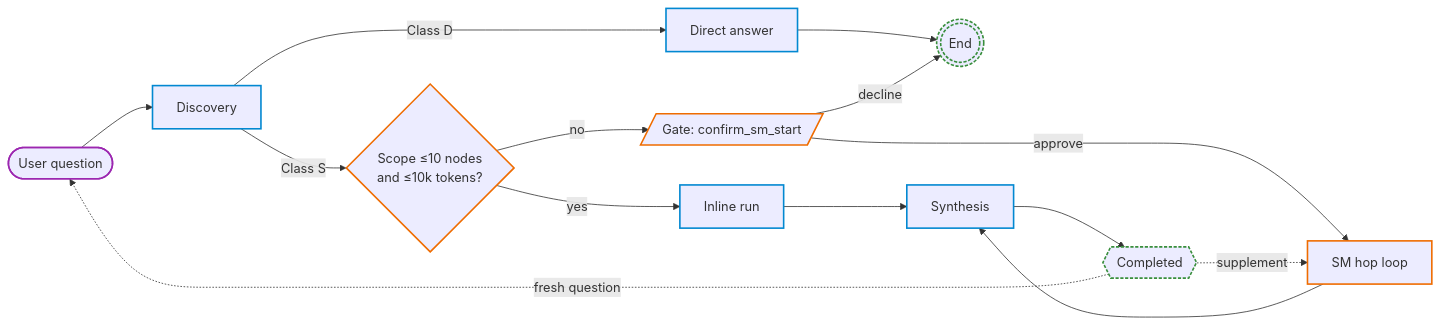
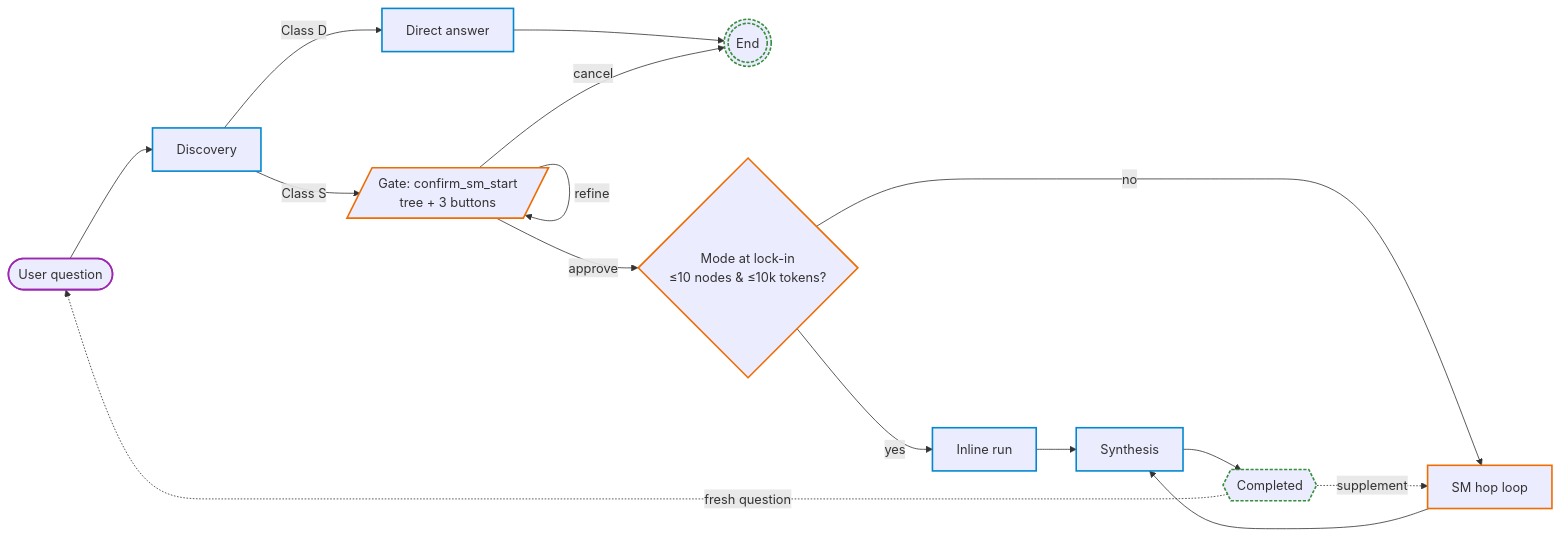
One commit to ChrisDevRepo/vscode_data_lineage changed the first of 7 diagrams in docs/ARCHITECTURE.md. Above: the diagram before and after it, drawn with Mermaid. The commit also changed other lines of this file and 2 other files, not shown here.

````diff
--- a/docs/ARCHITECTURE.md
+++ b/docs/ARCHITECTURE.md
@@ -9,21 +9,22 @@
 ```mermaid
 flowchart LR
     U([User question]):::user --> D[Discovery]:::ai
     D -->|Class D| R1[Direct answer]:::ai
     R1 --> EX(((End))):::done
-    D -->|Class S| M{Scope ≤10 nodes<br/>and ≤10k tokens?}:::engine
-    M -->|yes| IN[Inline run]:::ai
-    M -->|no| GG[/Gate: confirm_sm_start/]:::engine
-    GG -->|approve| SM[SM hop loop]:::engine
-    GG -->|decline| EX
+    D -->|Class S| GG[/Gate: confirm_sm_start<br/>tree + 3 buttons/]:::engine
+    GG -->|approve| MD{Mode at lock-in<br/>≤10 nodes &amp; ≤10k tokens?}:::engine
+    MD -->|yes| IN[Inline run]:::ai
+    MD -->|no| SM[SM hop loop]:::engine
+    GG -->|refine| GG
+    GG -->|cancel| EX
     IN --> SY[Synthesis]:::ai
     SM --> SY
     SY --> C{{Completed}}:::done
     C -.->|fresh question| U
     C -.->|supplement| SM
 
     classDef user stroke:#9c27b0,stroke-width:2px
     classDef ai stroke:#0288d1,stroke-width:2px
     classDef engine stroke:#ef6c00,stroke-width:2px
     classDef done stroke:#388e3c,stroke-width:2px,stroke-dasharray:4 2
 ```
````
